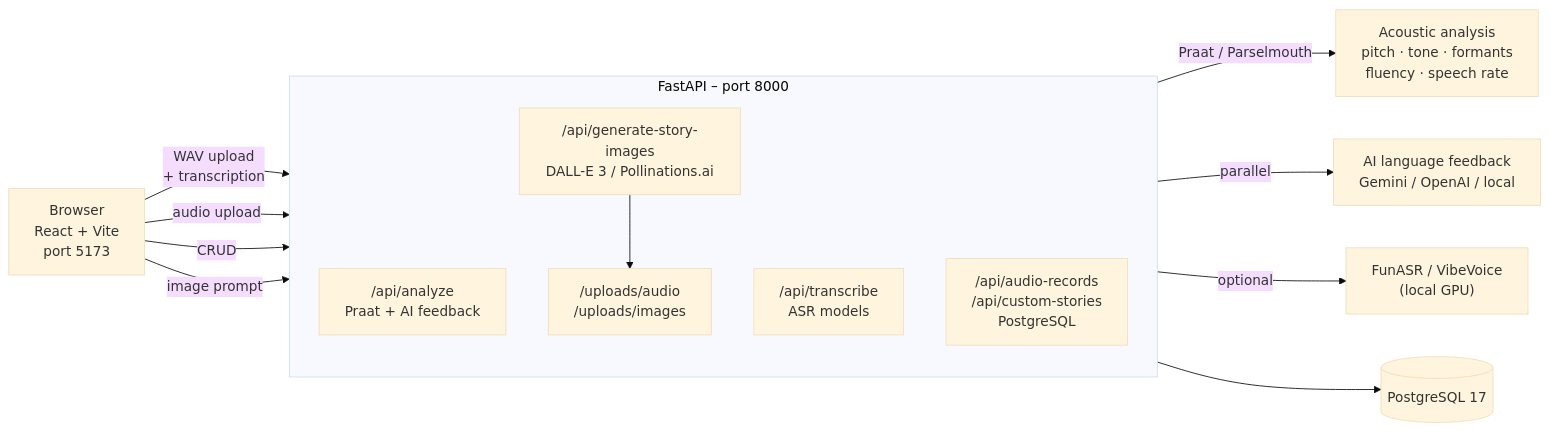
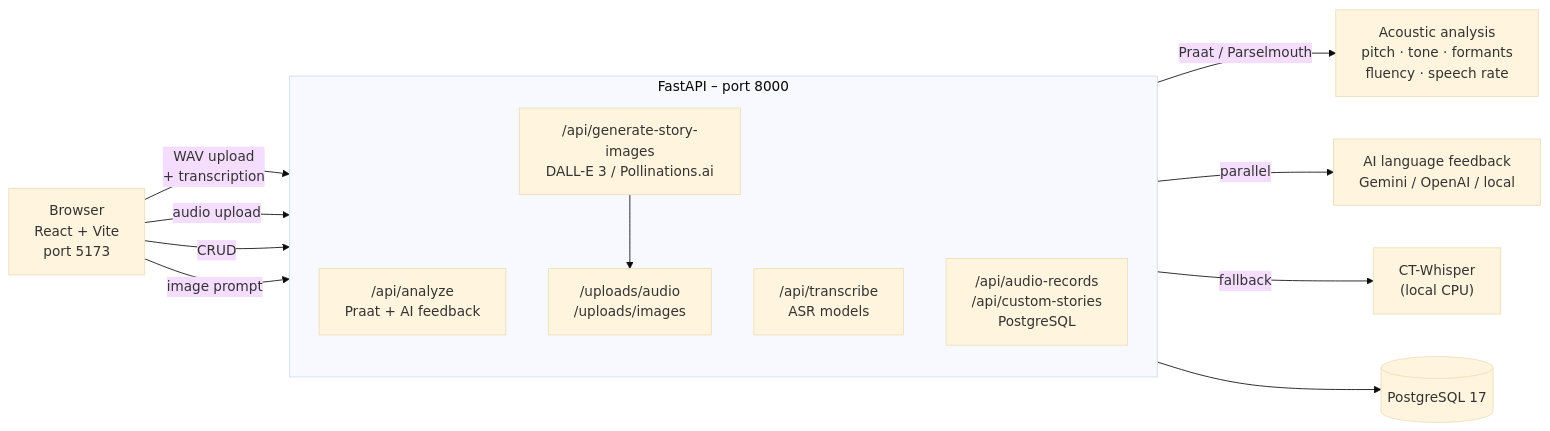
Before and after one commit to marktran0710/mandarin-speaking: the second of 3 diagrams in README.md, drawn with Mermaid (base theme). The commit also changed other lines of this file and 14 other files, not shown here.

First line of the commit message:
chore(asr): remove the unrunnable VibeVoice-ASR engine

````diff
--- a/README.md
+++ b/README.md
@@ -64,25 +64,25 @@
 ```mermaid
 flowchart LR
     Browser["Browser\nReact + Vite\nport 5173"]
 
     subgraph Backend["FastAPI  –  port 8000"]
         direction TB
         API["/api/analyze\nPraat + AI feedback"]
         ASR["/api/transcribe\nASR models"]
         DB["/api/audio-records\n/api/custom-stories\nPostgreSQL"]
         IMG["/api/generate-story-images\nDALL-E 3 / Pollinations.ai"]
         UPL["/uploads/audio\n/uploads/images"]
     end
 
     Browser -->|"WAV upload\n+ transcription"| API
     Browser -->|"audio upload"| ASR
     Browser -->|"CRUD"| DB
     Browser -->|"image prompt"| IMG
 
     API -->|"Praat / Parselmouth"| Praat["Acoustic analysis\npitch · tone · formants\nfluency · speech rate"]
     API -->|"parallel"| AIFeed["AI language feedback\nGemini / OpenAI / local"]
     IMG --> UPL
-    ASR -->|"optional"| FunASR["FunASR / VibeVoice\n(local GPU)"]
+    ASR -->|"fallback"| CTW["CT-Whisper\n(local CPU)"]
 
     DB --> Postgres[(PostgreSQL 17)]
 ```
````
